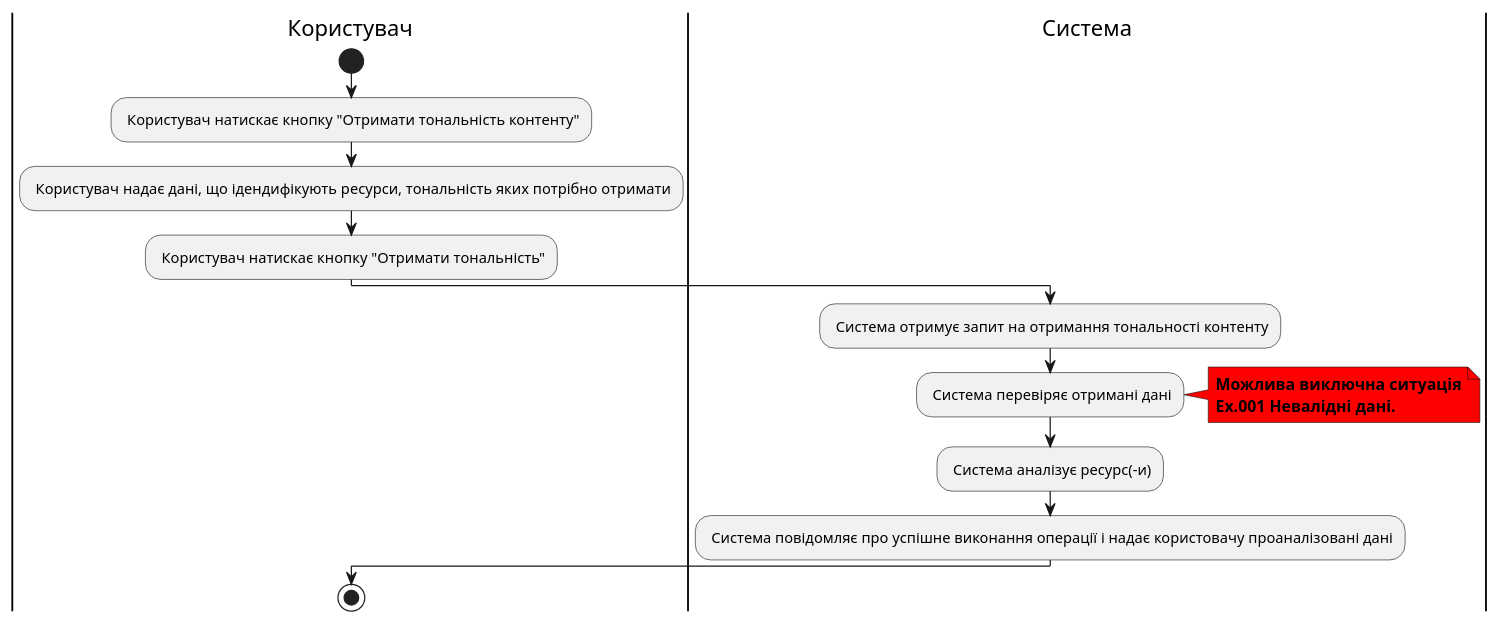
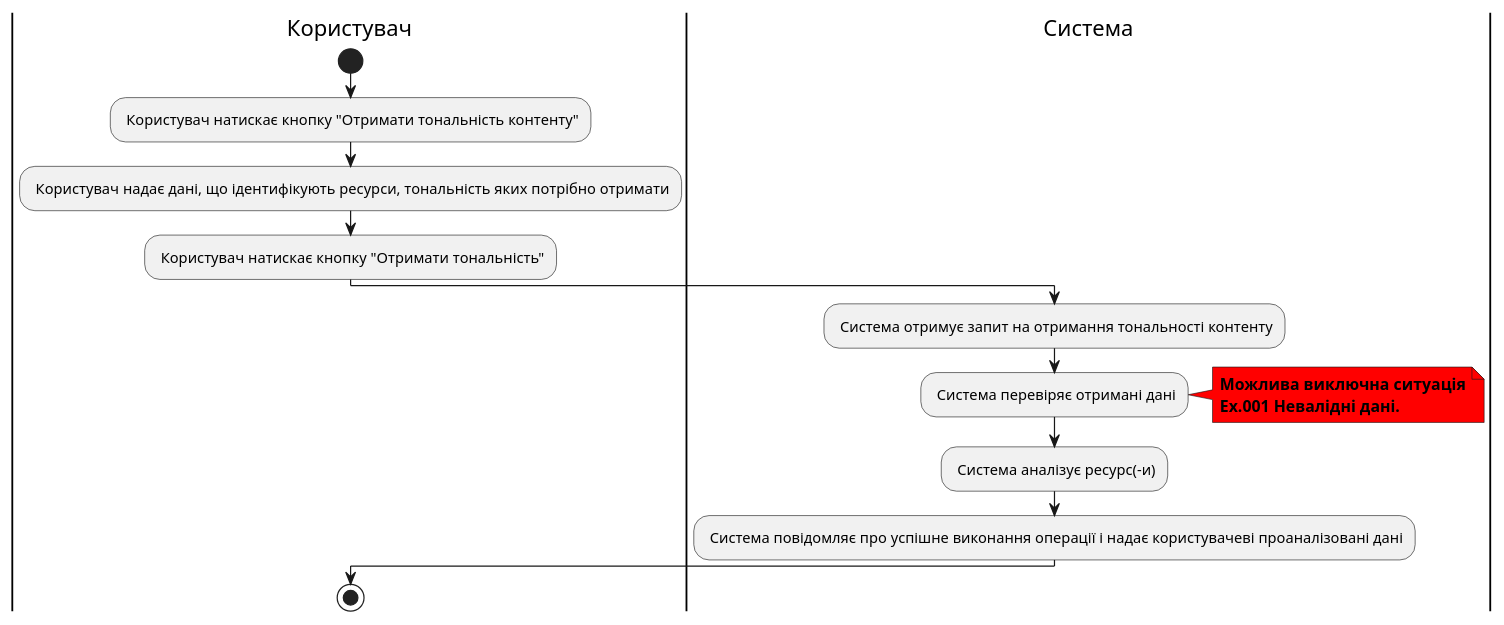
The third of 7 diagrams in docs/ua/use cases/index.md (ypapish/database-course-work), drawn with PlantUML before and after one commit. The commit also changed other lines of this file, not shown here.

```diff
--- a/docs/ua/use cases/index.md
+++ b/docs/ua/use cases/index.md
@@ -70,19 +70,19 @@
 @startuml
 |Користувач|
 start
 : Користувач натискає кнопку "Отримати тональність контенту";
-: Користувач надає дані, що ідендифікують ресурси, тональність яких потрібно отримати;
+: Користувач надає дані, що ідентифікують ресурси, тональність яких потрібно отримати;
 : Користувач натискає кнопку "Отримати тональність";
 
 |Система|
 : Система отримує запит на отримання тональності контенту;
 : Система перевіряє отримані дані;
 note right #red
 <b>Можлива виключна ситуація</b>
 <b>Ex.001 Невалідні дані.</b>
 end note
 : Система аналізує ресурс(-и);
-: Система повідомляє про успішне виконання операції і надає користовачу проаналізовані дані;
+: Система повідомляє про успішне виконання операції і надає користувачеві проаналізовані дані;
 |Користувач|
 stop
 @enduml
```
